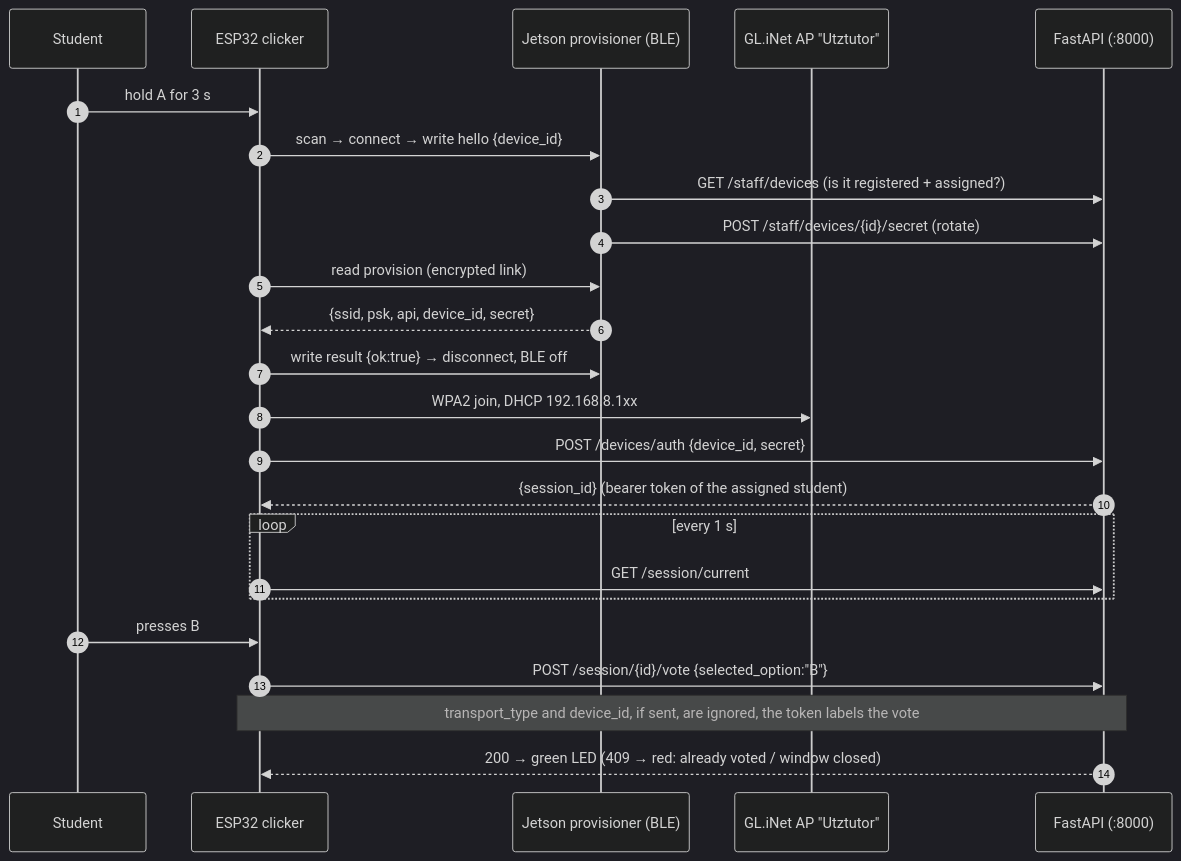
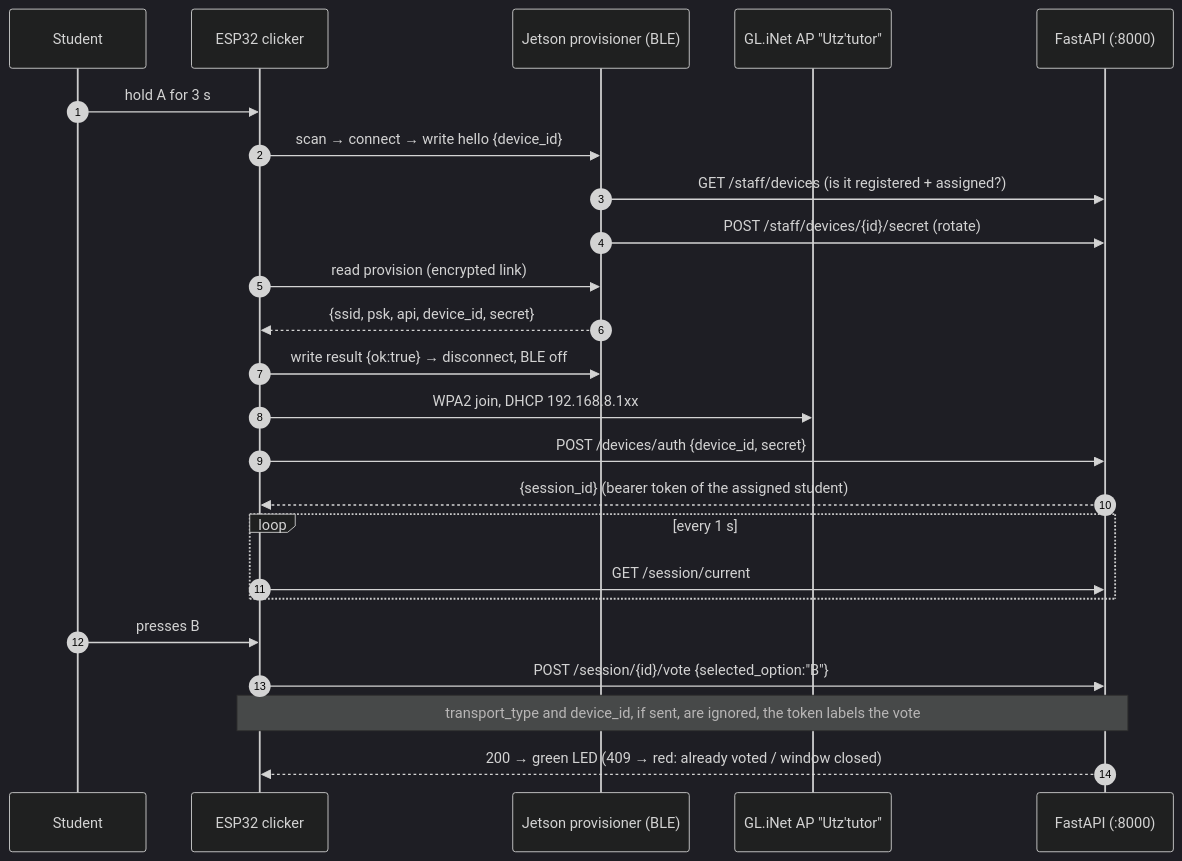
The first of 2 diagrams in docs/architecture/esp32-protocol.md (GabGP/TutorBox), drawn with Mermaid (dark theme) before and after one commit. The commit also changed other lines of this file and 14 other files, not shown here.

Commit message:
refactor: name the classroom Wi-Fi Utz'tutor

````diff
--- a/docs/architecture/esp32-protocol.md
+++ b/docs/architecture/esp32-protocol.md
@@ -51,27 +51,27 @@
 ```mermaid
 sequenceDiagram
     autonumber
     participant Kid as Student
     participant ESP as ESP32 clicker
     participant BT as Jetson provisioner (BLE)
-    participant AP as GL.iNet AP "Utztutor"
+    participant AP as GL.iNet AP "Utz'tutor"
     participant API as FastAPI (:8000)
 
     Kid->>ESP: hold A for 3 s
     ESP->>BT: scan → connect → write hello {device_id}
     BT->>API: GET /staff/devices (is it registered + assigned?)
     BT->>API: POST /staff/devices/{id}/secret (rotate)
     ESP->>BT: read provision (encrypted link)
     BT-->>ESP: {ssid, psk, api, device_id, secret}
     ESP->>BT: write result {ok:true} → disconnect, BLE off
     ESP->>AP: WPA2 join, DHCP 192.168.8.1xx
     ESP->>API: POST /devices/auth {device_id, secret}
     API-->>ESP: {session_id} (bearer token of the assigned student)
     loop every 1 s
         ESP->>API: GET /session/current
     end
     Kid->>ESP: presses B
     ESP->>API: POST /session/{id}/vote {selected_option:"B"}
     Note over ESP,API: transport_type and device_id, if sent, are ignored, the token labels the vote
     API-->>ESP: 200 → green LED (409 → red: already voted / window closed)
 ```
````
